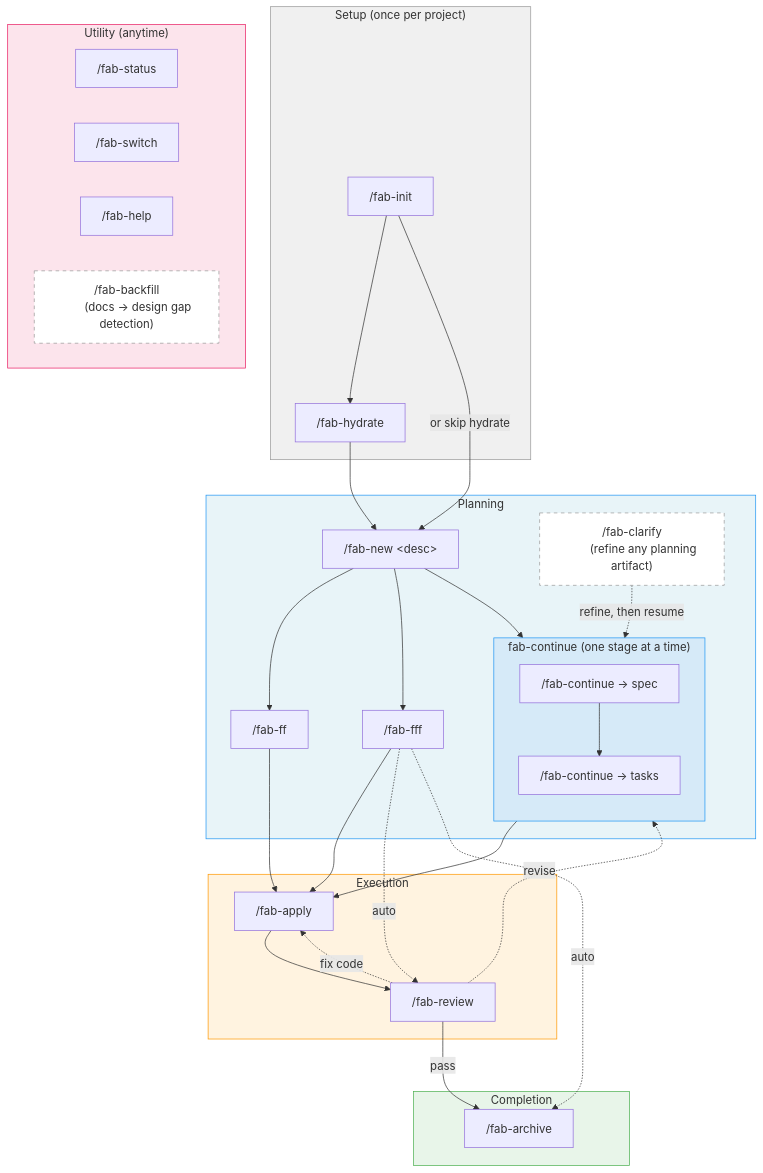
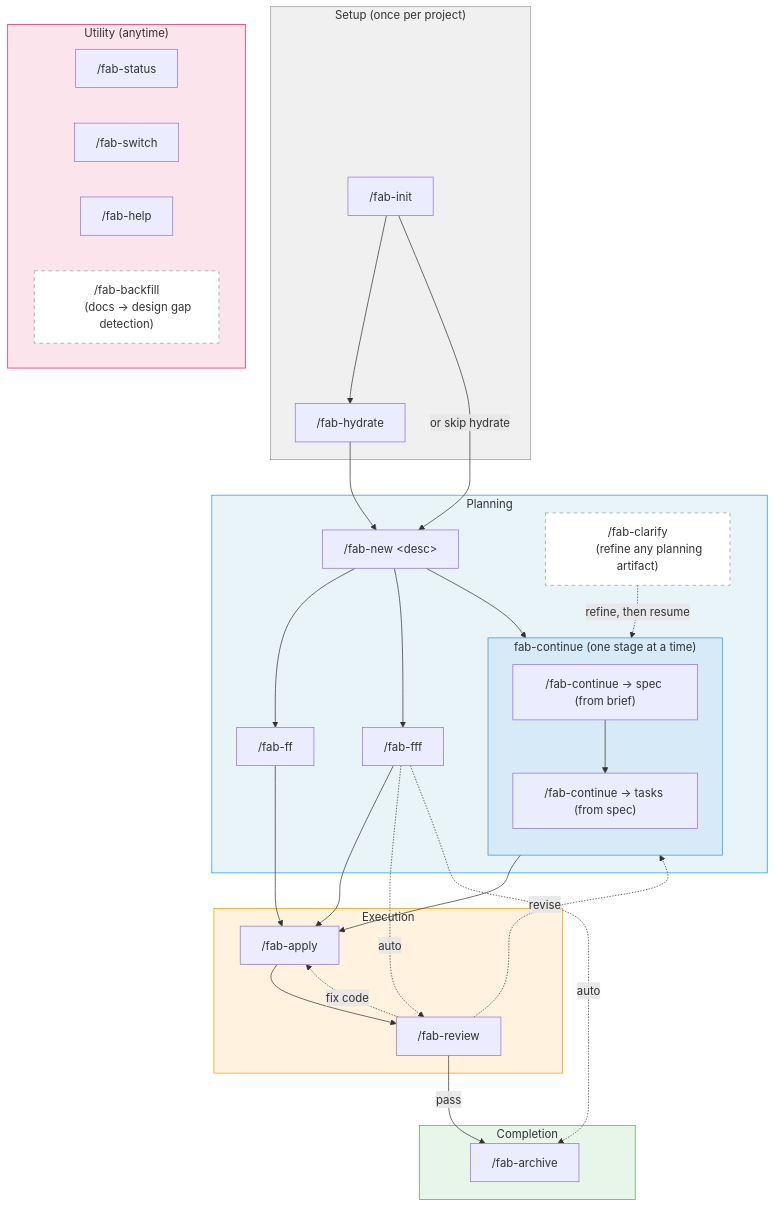
Before and after one commit to sahil87/fab-kit: the third of 4 diagrams in fab/design/user-flow.md, drawn with Mermaid. The commit also changed other lines of this file and 8 other files, not shown here.

````diff
--- a/fab/design/user-flow.md
+++ b/fab/design/user-flow.md
@@ -69,78 +69,78 @@
 ```mermaid
 flowchart TD
     subgraph setup ["Setup (once per project)"]
         INIT["/fab-init"]
         HYDRATE["/fab-hydrate"]
     end
 
     subgraph planning ["Planning"]
         NEW["/fab-new &lt;desc&gt;"]
 
         subgraph continue ["fab-continue (one stage at a time)"]
             direction TB
-            CONT_S["/fab-continue → spec"]
-            CONT_T["/fab-continue → tasks"]
+            CONT_S["/fab-continue → spec (from brief)"]
+            CONT_T["/fab-continue → tasks (from spec)"]
             CONT_S --> CONT_T
         end
 
         FF["/fab-ff"]
         FFF["/fab-fff"]
         CLARIFY["/fab-clarify
         (refine any planning artifact)"]
     end
 
     subgraph execution ["Execution"]
         APPLY["/fab-apply"]
         REVIEW["/fab-review"]
     end
 
     subgraph completion ["Completion"]
         ARCHIVE["/fab-archive"]
     end
 
     subgraph utility ["Utility (anytime)"]
         STATUS["/fab-status"]
         SWITCH["/fab-switch"]
         HELP["/fab-help"]
         BACKFILL["/fab-backfill
         (docs → design gap detection)"]
     end
 
     %% Setup
     INIT --> HYDRATE
     INIT -->|"or skip hydrate"| NEW
     HYDRATE --> NEW
 
     %% Brief fans out to three planning paths
     NEW --> CONT_S
     NEW --> FF
     NEW --> FFF
 
     %% Clarify connects to the continue block
     CLARIFY -.->|"refine, then resume"| continue
 
     %% Into execution
     CONT_T --> APPLY
     FF --> APPLY
     FFF --> APPLY
 
     %% Execution
     APPLY --> REVIEW
     FFF -.->|"auto"| REVIEW
 
     %% Review outcomes
     REVIEW -->|"pass"| ARCHIVE
     FFF -.->|"auto"| ARCHIVE
     REVIEW -.->|"fix code"| APPLY
     REVIEW -.->|"revise"| continue
 
     %% Styles
     style setup fill:#f0f0f0,stroke:#999
     style planning fill:#e8f4f8,stroke:#2196F3
     style continue fill:#d6eaf8,stroke:#2196F3
     style execution fill:#fff3e0,stroke:#FF9800
     style completion fill:#e8f5e9,stroke:#4CAF50
     style utility fill:#fce4ec,stroke:#e91e63
     style BACKFILL fill:#fff,stroke:#999,stroke-dasharray: 5 5
     style CLARIFY fill:#fff,stroke:#999,stroke-dasharray: 5 5
 ```
````
